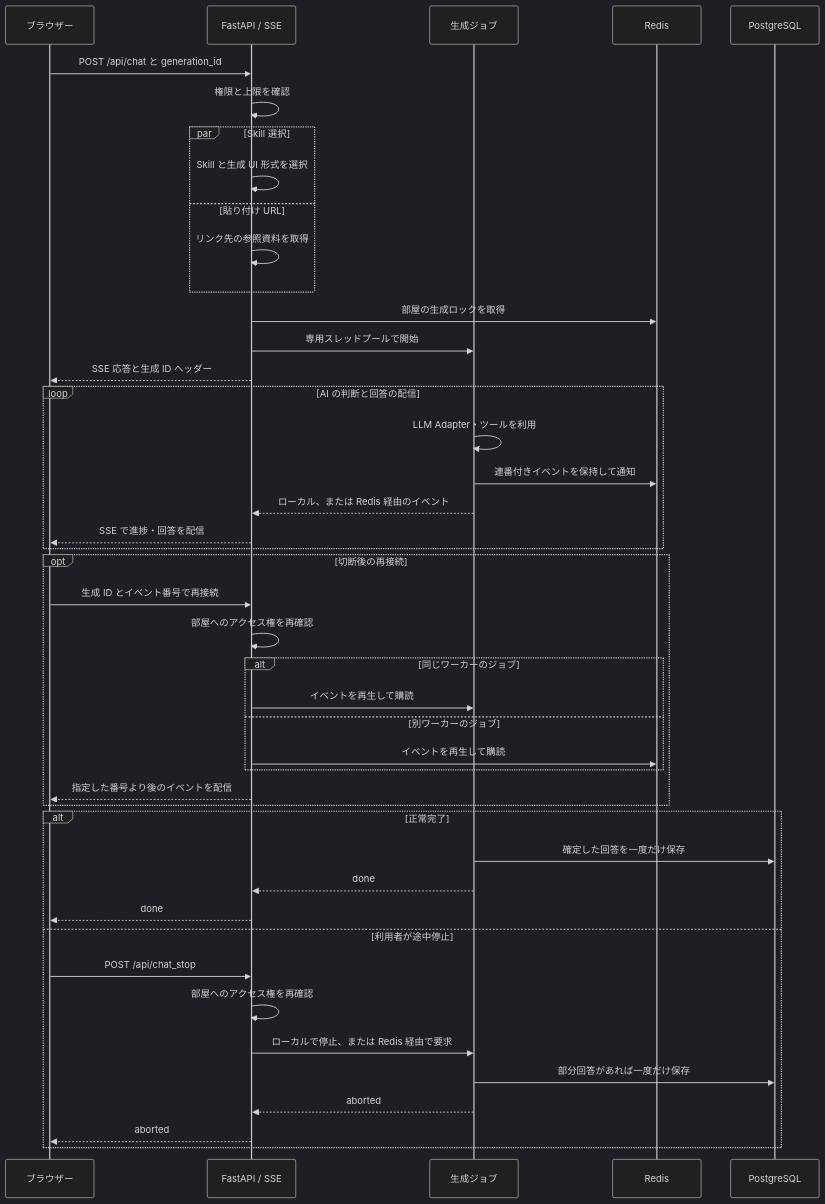
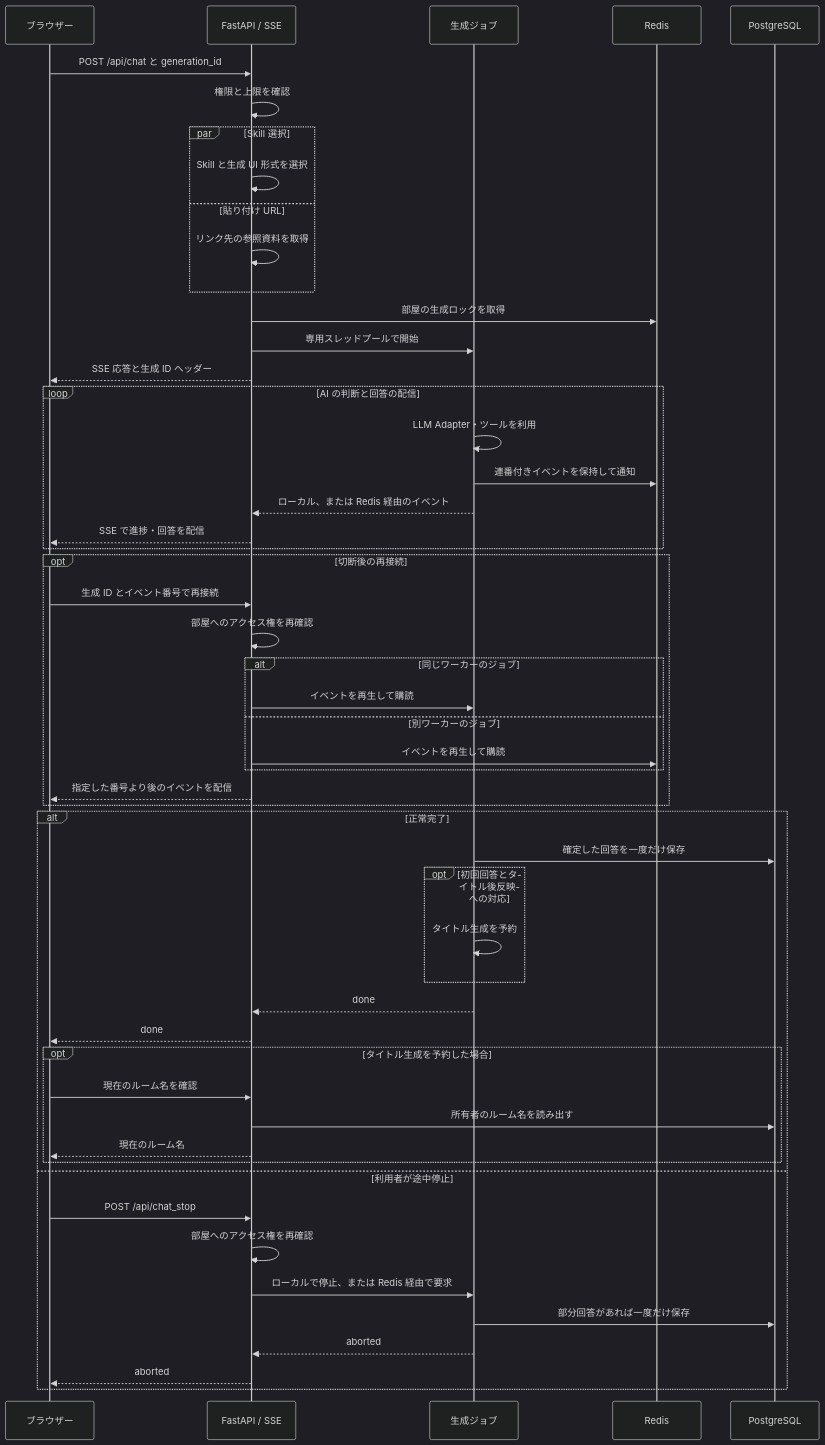
The seventh of 8 diagrams in README.md (kota-kawa/ChatCore-AI), drawn with Mermaid (dark theme) before and after one commit. The commit also changed other lines of this file and 34 other files, not shown here.

````diff
--- a/README.md
+++ b/README.md
@@ -392,47 +400,55 @@
 ```mermaid
 sequenceDiagram
     participant Browser as ブラウザー
     participant API as FastAPI / SSE
     participant Job as 生成ジョブ
     participant Redis
     participant DB as PostgreSQL
 
     Browser->>API: POST /api/chat と generation_id
     API->>API: 権限と上限を確認
     par Skill 選択
         API->>API: Skill と生成 UI 形式を選択
     and 貼り付け URL
         API->>API: リンク先の参照資料を取得
     end
     API->>Redis: 部屋の生成ロックを取得
     API->>Job: 専用スレッドプールで開始
     API-->>Browser: SSE 応答と生成 ID ヘッダー
     loop AI の判断と回答の配信
         Job->>Job: LLM Adapter・ツールを利用
         Job->>Redis: 連番付きイベントを保持して通知
         Job-->>API: ローカル、または Redis 経由のイベント
         API-->>Browser: SSE で進捗・回答を配信
     end
     opt 切断後の再接続
         Browser->>API: 生成 ID とイベント番号で再接続
         API->>API: 部屋へのアクセス権を再確認
         alt 同じワーカーのジョブ
             API->>Job: イベントを再生して購読
         else 別ワーカーのジョブ
             API->>Redis: イベントを再生して購読
         end
         API-->>Browser: 指定した番号より後のイベントを配信
     end
     alt 正常完了
         Job->>DB: 確定した回答を一度だけ保存
+        opt 初回回答とタイトル後反映への対応
+            Job->>Job: タイトル生成を予約
+        end
         Job-->>API: done
         API-->>Browser: done
+        opt タイトル生成を予約した場合
+            Browser->>API: 現在のルーム名を確認
+            API->>DB: 所有者のルーム名を読み出す
+            API-->>Browser: 現在のルーム名
+        end
     else 利用者が途中停止
         Browser->>API: POST /api/chat_stop
         API->>API: 部屋へのアクセス権を再確認
         API->>Job: ローカルで停止、または Redis 経由で要求
         Job->>DB: 部分回答があれば一度だけ保存
         Job-->>API: aborted
         API-->>Browser: aborted
     end
 ```
````
